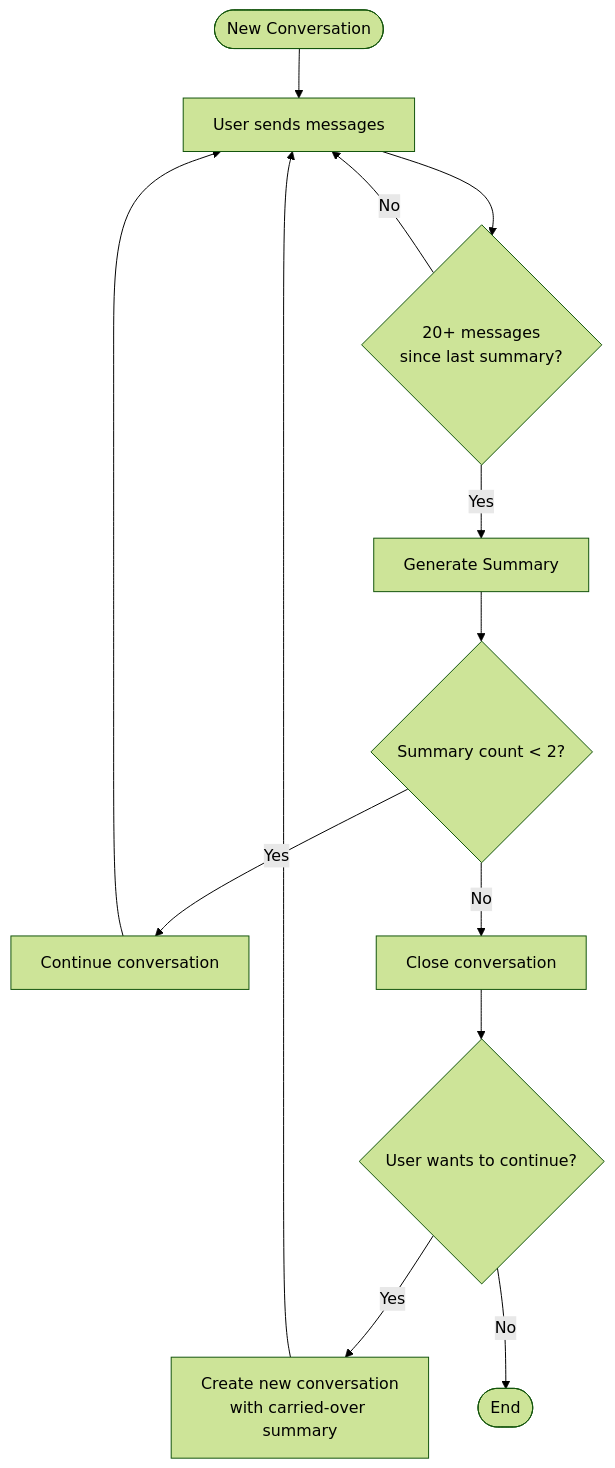
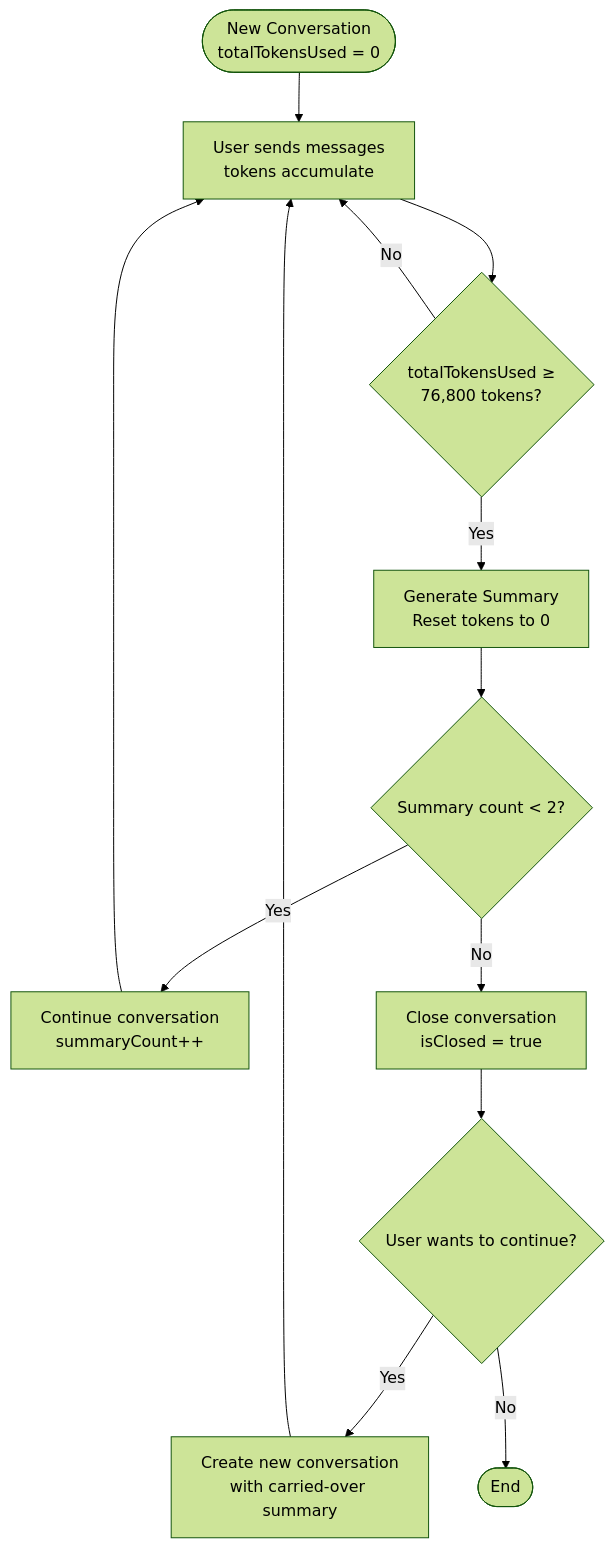
One commit to alex-paystack/command-centre-api changed the diagram in docs/ai-features.md. Above: the diagram before and after it, drawn with Mermaid (forest theme). The commit also changed other lines of this file and 9 other files, not shown here.

````diff
--- a/docs/ai-features.md
+++ b/docs/ai-features.md
@@ -381,15 +389,15 @@
 ```mermaid
 flowchart TD
-    Start([New Conversation]) --> Messages[User sends messages]
-    Messages --> Check{20+ messages<br/>since last summary?}
+    Start([New Conversation<br/>totalTokensUsed = 0]) --> Messages[User sends messages<br/>tokens accumulate]
+    Messages --> Check{totalTokensUsed ≥<br/>76,800 tokens?}
     Check -->|No| Messages
-    Check -->|Yes| Summarize[Generate Summary]
+    Check -->|Yes| Summarize[Generate Summary<br/>Reset tokens to 0]
     Summarize --> Count{Summary count < 2?}
-    Count -->|Yes| Continue[Continue conversation]
+    Count -->|Yes| Continue[Continue conversation<br/>summaryCount++]
     Continue --> Messages
-    Count -->|No| Close[Close conversation]
+    Count -->|No| Close[Close conversation<br/>isClosed = true]
     Close --> Continue2{User wants to continue?}
     Continue2 -->|Yes| NewConv[Create new conversation<br/>with carried-over summary]
     NewConv --> Messages
     Continue2 -->|No| End([End])
 ```
````
